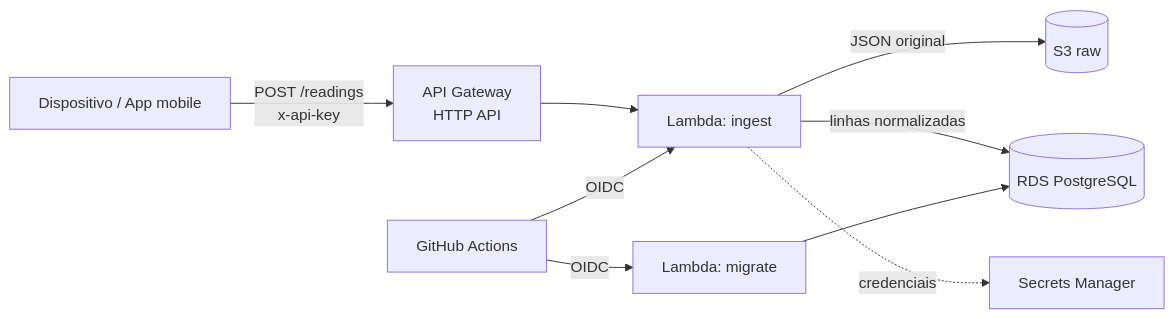
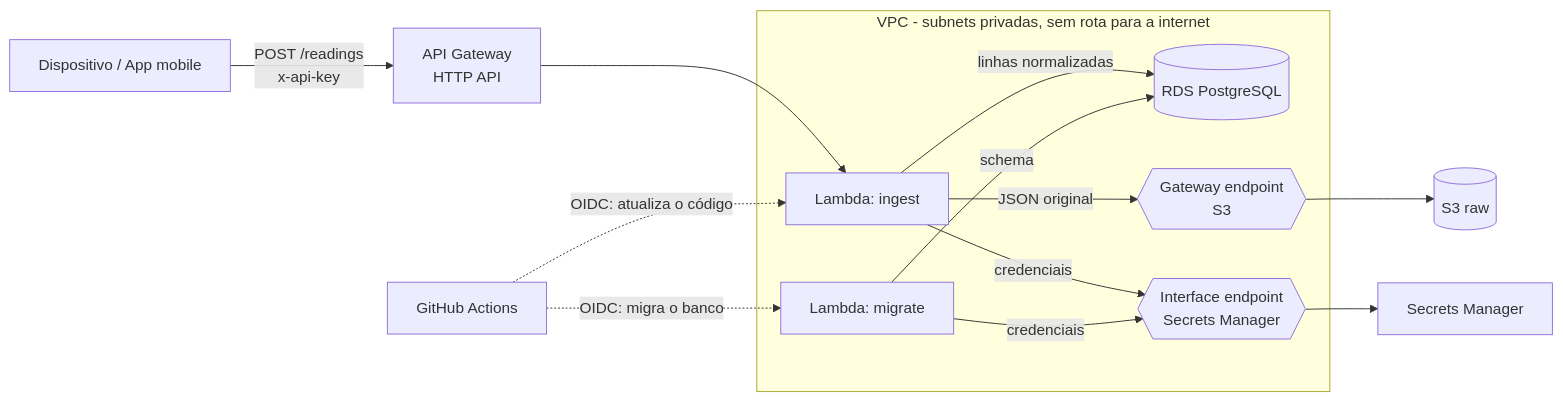
One commit to eduardofcaro1/serverless-ingest-pipeline changed the diagram in README.md. Above: the diagram before and after it, drawn with Mermaid. The commit also changed other lines of this file, not shown here.

Commit message:
docs: adiciona decisões de arquitetura e detalha diagrama da VPC

````diff
--- a/README.md
+++ b/README.md
@@ -9,11 +9,26 @@
 ```mermaid
 flowchart LR
     client[Dispositivo / App mobile] -->|POST /readings<br/>x-api-key| api[API Gateway<br/>HTTP API]
-    api --> ingest[Lambda: ingest]
-    ingest -->|JSON original| s3[(S3 raw)]
-    ingest -->|linhas normalizadas| rds[(RDS PostgreSQL)]
-    ingest -.->|credenciais| sm[Secrets Manager]
-    migrate[Lambda: migrate] --> rds
-    gh[GitHub Actions] -->|OIDC| migrate
-    gh -->|OIDC| ingest
+
+    subgraph vpc [VPC - subnets privadas, sem rota para a internet]
+        ingest[Lambda: ingest]
+        migrate[Lambda: migrate]
+        rds[(RDS PostgreSQL)]
+        s3ep{{Gateway endpoint<br/>S3}}
+        smep{{Interface endpoint<br/>Secrets Manager}}
+    end
+
+    s3[(S3 raw)]
+    sm[Secrets Manager]
+
+    api --> ingest
+    ingest -->|linhas normalizadas| rds
+    migrate -->|schema| rds
+    ingest -->|JSON original| s3ep --> s3
+    ingest -->|credenciais| smep
+    migrate -->|credenciais| smep
+    smep --> sm
+
+    gh[GitHub Actions] -.->|OIDC: atualiza o código| ingest
+    gh -.->|OIDC: migra o banco| migrate
 ```
````
